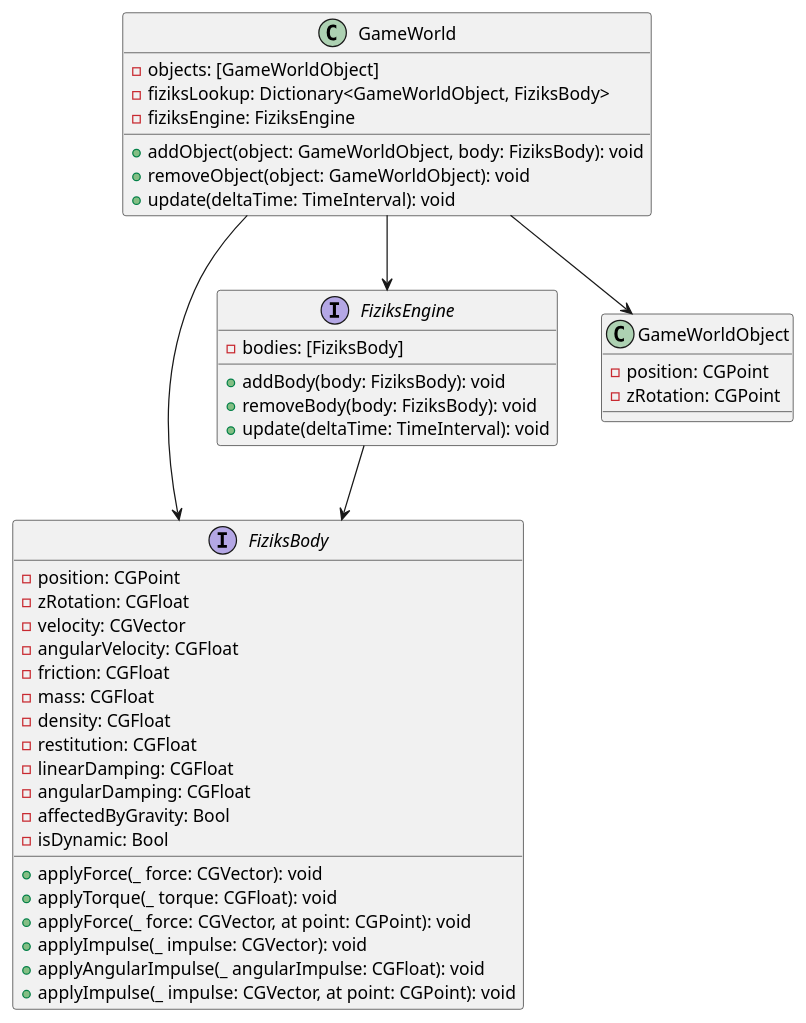
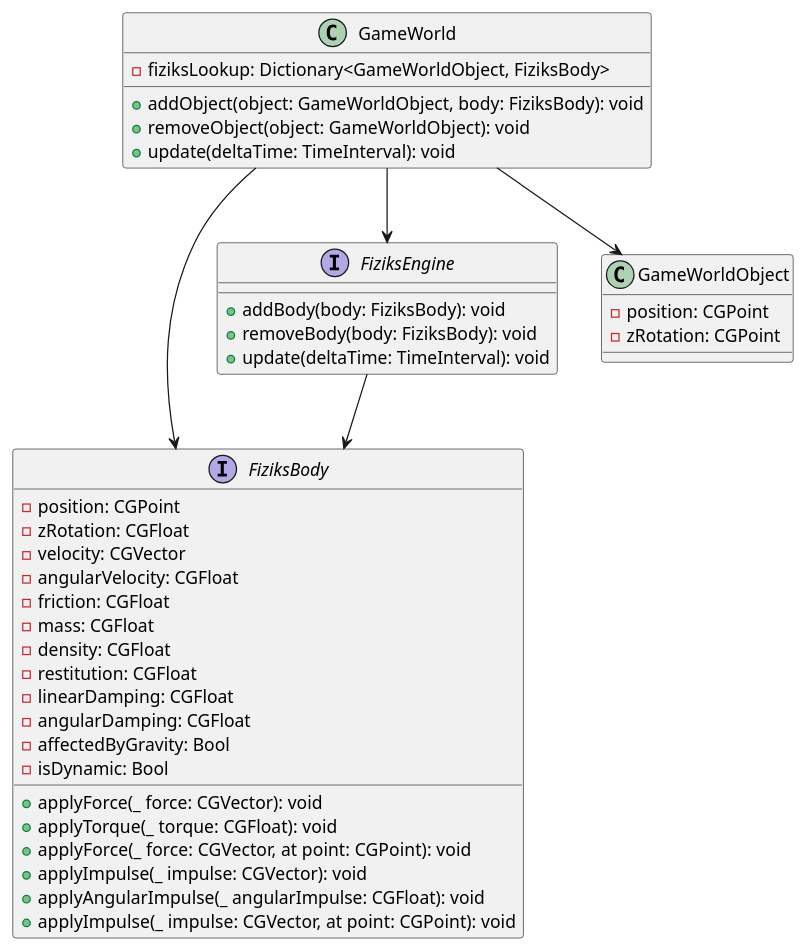
One commit to tumbling-towers/TumblingTowersGame changed the diagram in Docs/Diagrams/Physics/fiziks-body-opt-3.puml. Above: the diagram before and after it, drawn with PlantUML. The commit also changed 21 other files, not shown here.

Commit message:
update diagrams and fix small swiftlint errors

```diff
--- a/Docs/Diagrams/Physics/fiziks-body-opt-3.puml
+++ b/Docs/Diagrams/Physics/fiziks-body-opt-3.puml
@@ -1,48 +1,45 @@
 @startuml
 class GameWorld {
-    - objects: [GameWorldObject]
     - fiziksLookup: Dictionary<GameWorldObject, FiziksBody>
-    - fiziksEngine: FiziksEngine
     + addObject(object: GameWorldObject, body: FiziksBody): void
     + removeObject(object: GameWorldObject): void
     + update(deltaTime: TimeInterval): void
 }
 
 interface FiziksBody {
     - position: CGPoint
     - zRotation: CGFloat
     - velocity: CGVector
     - angularVelocity: CGFloat
     - friction: CGFloat
     - mass: CGFloat
     - density: CGFloat
     - restitution: CGFloat
     - linearDamping: CGFloat
     - angularDamping: CGFloat
     - affectedByGravity: Bool
     - isDynamic: Bool
     + applyForce(_ force: CGVector): void
     + applyTorque(_ torque: CGFloat): void
     + applyForce(_ force: CGVector, at point: CGPoint): void
     + applyImpulse(_ impulse: CGVector): void
     + applyAngularImpulse(_ angularImpulse: CGFloat): void
     + applyImpulse(_ impulse: CGVector, at point: CGPoint): void
 }
 
 interface FiziksEngine {
-    - bodies: [FiziksBody]
     + addBody(body: FiziksBody): void
     + removeBody(body: FiziksBody): void
     + update(deltaTime: TimeInterval): void
 }
 
 class GameWorldObject {
     - position: CGPoint
     - zRotation: CGPoint
 }
 
-GameWorld --> GameWorldObject
-GameWorld --> FiziksBody
-GameWorld --> FiziksEngine 
-FiziksEngine --> FiziksBody
+GameWorld -d-> GameWorldObject
+GameWorld -d-> FiziksBody
+GameWorld -d-> FiziksEngine 
+FiziksEngine -d-> FiziksBody
 @enduml
```
